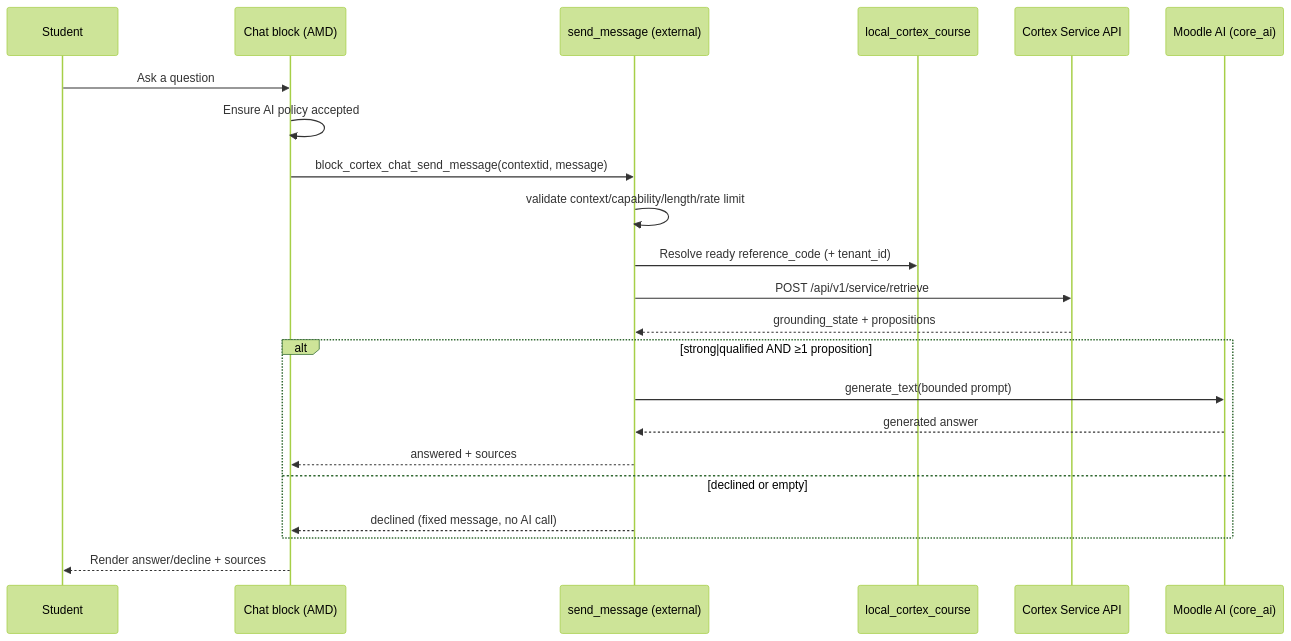
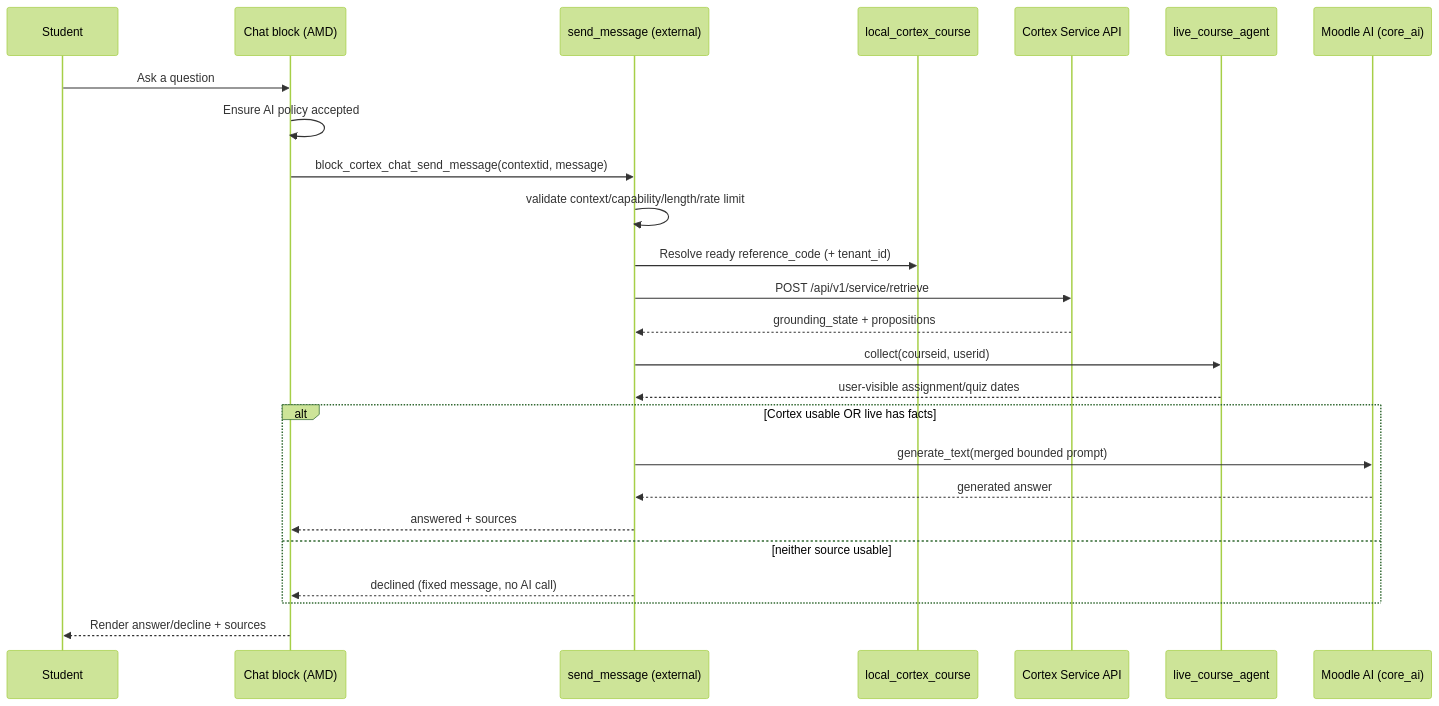
The diagram in docs/architecture.md (jfedericobn/moodle-block_cortex_chat), drawn with Mermaid (forest theme) before and after one commit. The commit also changed other lines of this file and 10 other files, not shown here.

First line of the commit message:
feat: add live Moodle course agent to chat and merge with Cortex

````diff
--- a/docs/architecture.md
+++ b/docs/architecture.md
@@ -21,25 +24,28 @@
 ```mermaid
 sequenceDiagram
   participant Student
   participant Block as Chat block (AMD)
   participant WS as send_message (external)
   participant State as local_cortex_course
   participant Cortex as Cortex Service API
+  participant Live as live_course_agent
   participant AI as Moodle AI (core_ai)
 
   Student->>Block: Ask a question
   Block->>Block: Ensure AI policy accepted
   Block->>WS: block_cortex_chat_send_message(contextid, message)
   WS->>WS: validate context/capability/length/rate limit
   WS->>State: Resolve ready reference_code (+ tenant_id)
   WS->>Cortex: POST /api/v1/service/retrieve
   Cortex-->>WS: grounding_state + propositions
-  alt strong|qualified AND ≥1 proposition
-    WS->>AI: generate_text(bounded prompt)
+  WS->>Live: collect(courseid, userid)
+  Live-->>WS: user-visible assignment/quiz dates
+  alt Cortex usable OR live has facts
+    WS->>AI: generate_text(merged bounded prompt)
     AI-->>WS: generated answer
     WS-->>Block: answered + sources
-  else declined or empty
+  else neither source usable
     WS-->>Block: declined (fixed message, no AI call)
   end
   Block-->>Student: Render answer/decline + sources
 ```
````
